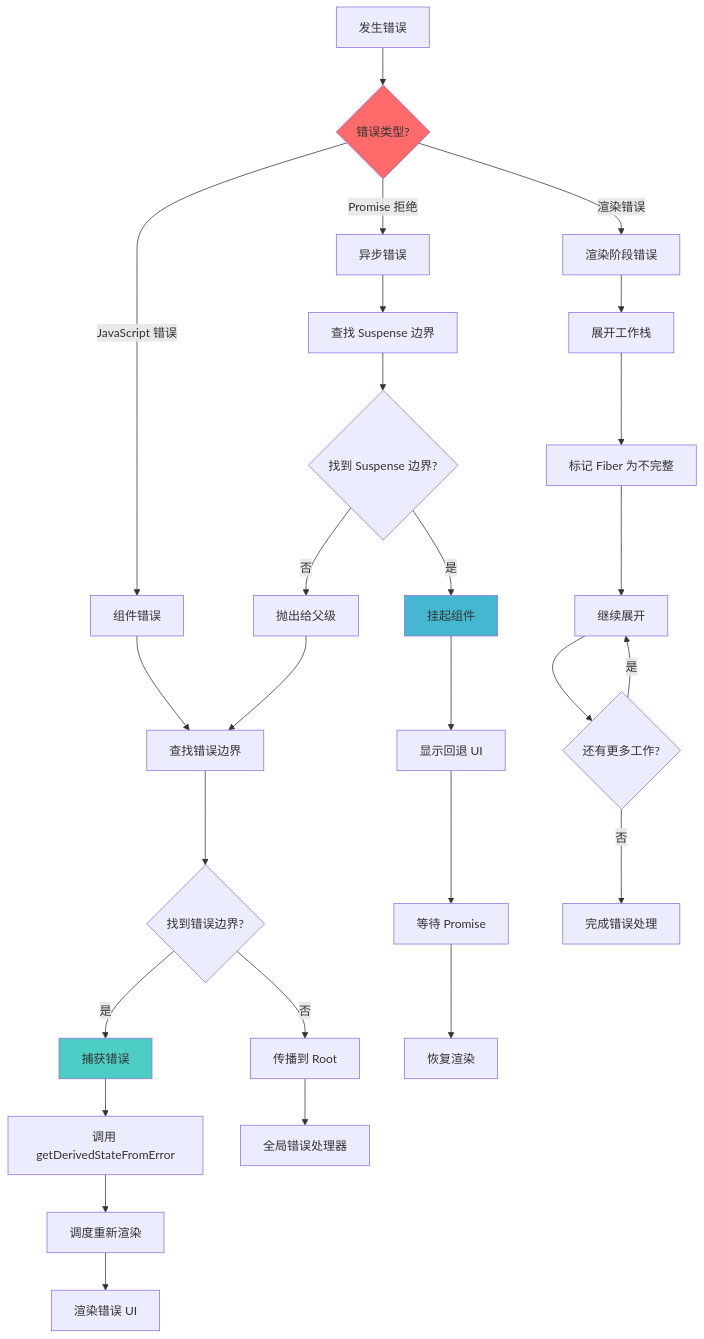
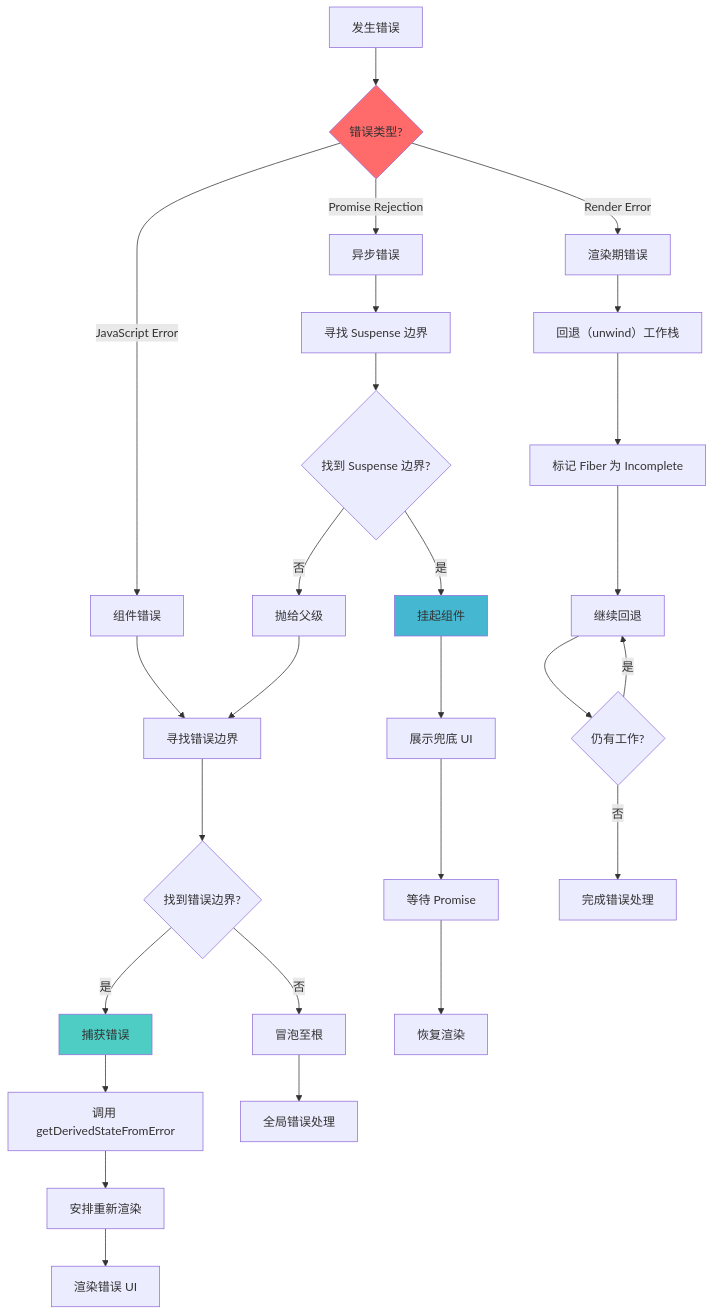
The ninth of 11 diagrams in README_CN.md (changcheng1/react18-source-implementation), drawn with Mermaid before and after one commit. The commit also changed other lines of this file, not shown here.

````diff
--- a/README_CN.md
+++ b/README_CN.md
@@ -2189,42 +1320,42 @@
 ```mermaid
 flowchart TD
     A[发生错误] --> B{错误类型?}
 
-    B -->|JavaScript 错误| C[组件错误]
-    B -->|Promise 拒绝| D[异步错误]
-    B -->|渲染错误| E[渲染阶段错误]
+    B -->|JavaScript Error| C[组件错误]
+    B -->|Promise Rejection| D[异步错误]
+    B -->|Render Error| E[渲染期错误]
 
-    C --> F[查找错误边界]
-    D --> G[查找 Suspense 边界]
-    E --> H[展开工作栈]
+    C --> F[寻找错误边界]
+    D --> G[寻找 Suspense 边界]
+    E --> H[回退（unwind）工作栈]
 
     F --> I{找到错误边界?}
     G --> J{找到 Suspense 边界?}
-    H --> K[标记 Fiber 为不完整]
+    H --> K[标记 Fiber 为 Incomplete]
 
     I -->|是| L[捕获错误]
-    I -->|否| M[传播到 Root]
+    I -->|否| M[冒泡至根]
 
     J -->|是| N[挂起组件]
-    J -->|否| O[抛出给父级]
+    J -->|否| O[抛给父级]
 
-    K --> P[继续展开]
+    K --> P[继续回退]
 
     L --> Q[调用 getDerivedStateFromError]
-    M --> R[全局错误处理器]
-    N --> S[显示回退 UI]
+    M --> R[全局错误处理]
+    N --> S[展示兜底 UI]
     O --> F
-    P --> T{还有更多工作?}
+    P --> T{仍有工作?}
 
-    Q --> U[调度重新渲染]
+    Q --> U[安排重新渲染]
     S --> V[等待 Promise]
     T -->|是| P
     T -->|否| W[完成错误处理]
 
     U --> X[渲染错误 UI]
     V --> Y[恢复渲染]
 
     style B fill:#ff6b6b
     style L fill:#4ecdc4
     style N fill:#45b7d1
 ```
````
